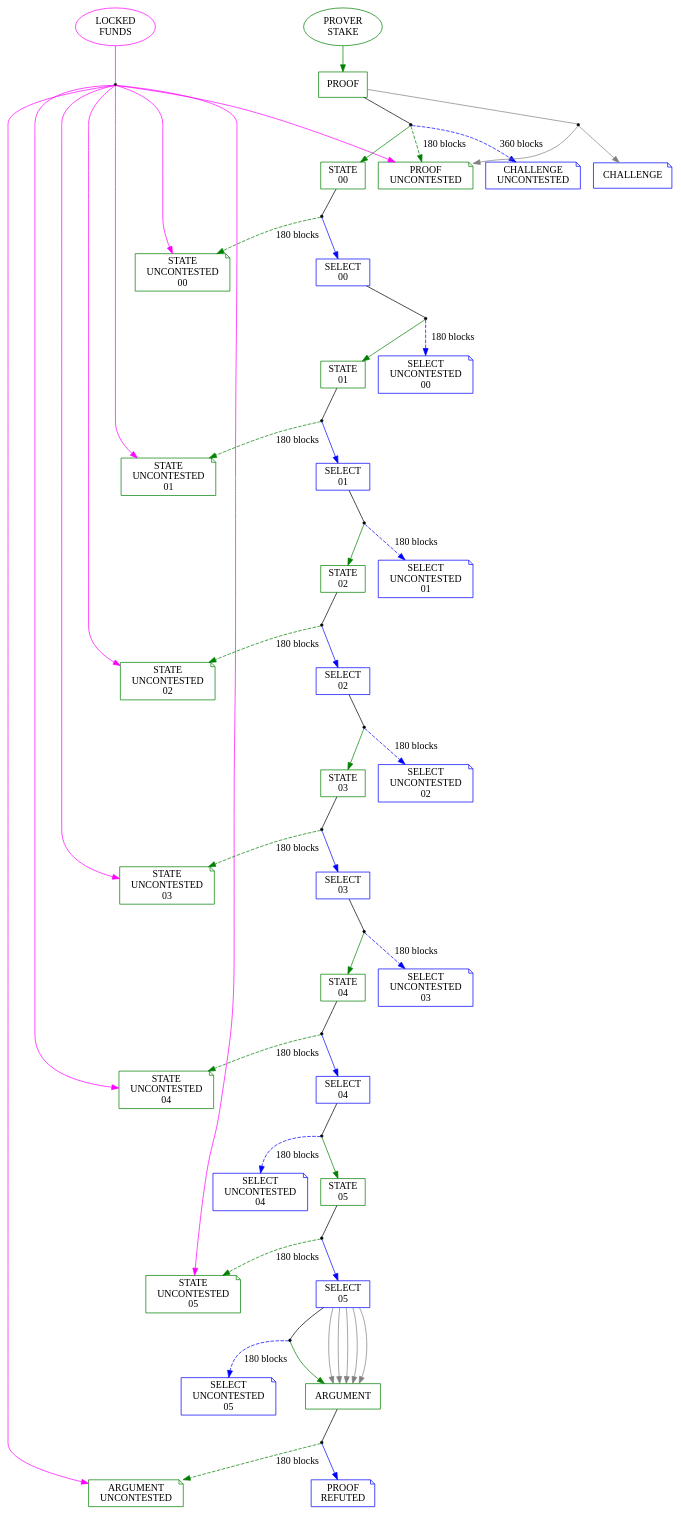
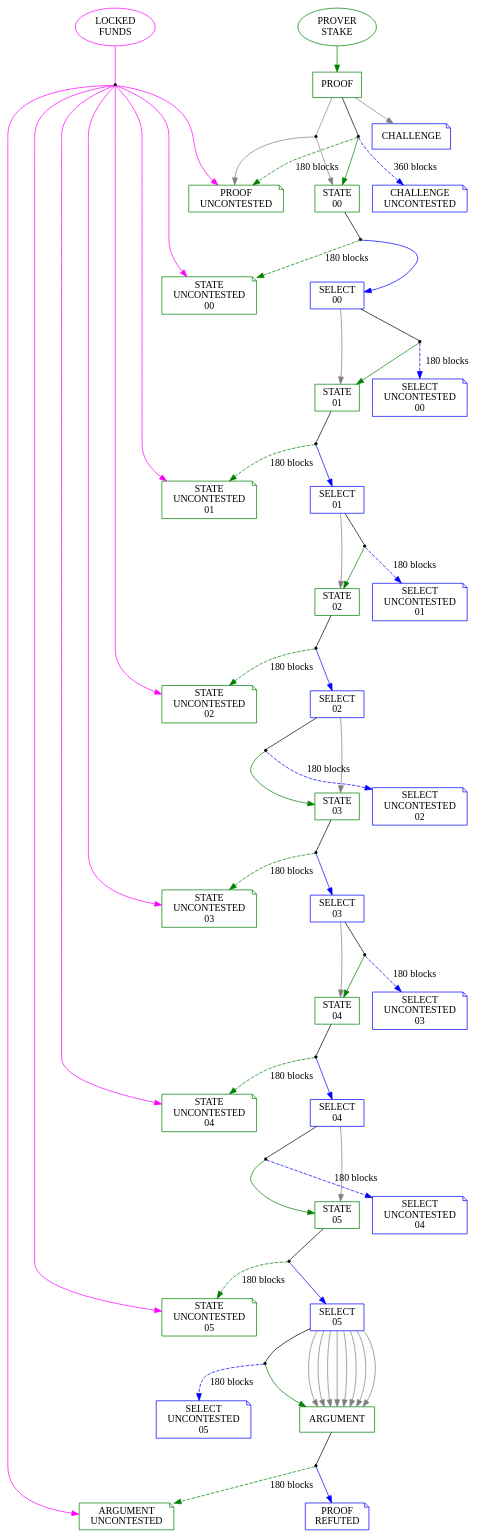
One commit to bitsnark/bitsnark-lib changed the diagram in specs/transactions.dot. Above: the diagram before and after it, drawn with Graphviz. The commit also changed 27 other files, not shown here.

```diff
--- a/specs/transactions.dot
+++ b/specs/transactions.dot
@@ -1,118 +1,127 @@
 digraph BitSnark {
 	LOCKED_FUNDS [shape=oval; color=magenta; label="LOCKED\nFUNDS"]
 	PROVER_STAKE [shape=oval; color=green; label="PROVER\nSTAKE"]
 	PROOF [shape=box; color=green; label="PROOF"]
 	CHALLENGE [shape=note; color=blue; label="CHALLENGE"]
 	PROOF_UNCONTESTED [shape=note; color=green; label="PROOF\nUNCONTESTED"]
 	CHALLENGE_UNCONTESTED [shape=note; color=blue; label="CHALLENGE\nUNCONTESTED"]
 	STATE_00 [shape=box; color=green; label="STATE\n00"]
 	STATE_UNCONTESTED_00 [shape=note; color=green; label="STATE\nUNCONTESTED\n00"]
 	SELECT_00 [shape=box; color=blue; label="SELECT\n00"]
 	SELECT_UNCONTESTED_00 [shape=note; color=blue; label="SELECT\nUNCONTESTED\n00"]
 	STATE_01 [shape=box; color=green; label="STATE\n01"]
 	STATE_UNCONTESTED_01 [shape=note; color=green; label="STATE\nUNCONTESTED\n01"]
 	SELECT_01 [shape=box; color=blue; label="SELECT\n01"]
 	SELECT_UNCONTESTED_01 [shape=note; color=blue; label="SELECT\nUNCONTESTED\n01"]
 	STATE_02 [shape=box; color=green; label="STATE\n02"]
 	STATE_UNCONTESTED_02 [shape=note; color=green; label="STATE\nUNCONTESTED\n02"]
 	SELECT_02 [shape=box; color=blue; label="SELECT\n02"]
 	SELECT_UNCONTESTED_02 [shape=note; color=blue; label="SELECT\nUNCONTESTED\n02"]
 	STATE_03 [shape=box; color=green; label="STATE\n03"]
 	STATE_UNCONTESTED_03 [shape=note; color=green; label="STATE\nUNCONTESTED\n03"]
 	SELECT_03 [shape=box; color=blue; label="SELECT\n03"]
 	SELECT_UNCONTESTED_03 [shape=note; color=blue; label="SELECT\nUNCONTESTED\n03"]
 	STATE_04 [shape=box; color=green; label="STATE\n04"]
 	STATE_UNCONTESTED_04 [shape=note; color=green; label="STATE\nUNCONTESTED\n04"]
 	SELECT_04 [shape=box; color=blue; label="SELECT\n04"]
 	SELECT_UNCONTESTED_04 [shape=note; color=blue; label="SELECT\nUNCONTESTED\n04"]
 	STATE_05 [shape=box; color=green; label="STATE\n05"]
 	STATE_UNCONTESTED_05 [shape=note; color=green; label="STATE\nUNCONTESTED\n05"]
 	SELECT_05 [shape=box; color=blue; label="SELECT\n05"]
 	SELECT_UNCONTESTED_05 [shape=note; color=blue; label="SELECT\nUNCONTESTED\n05"]
 	ARGUMENT [shape=box; color=green; label="ARGUMENT"]
 	PROOF_REFUTED [shape=note; color=blue; label="PROOF\nREFUTED"]
 	ARGUMENT_UNCONTESTED [shape=note; color=green; label="ARGUMENT\nUNCONTESTED"]
 	{rank=same; LOCKED_FUNDS; PROVER_STAKE}
 	{rank=same; }
 	PROOF -> STATE_00 -> SELECT_00 -> STATE_01 -> SELECT_01 -> STATE_02 -> SELECT_02 -> STATE_03 -> SELECT_03 -> STATE_04 -> SELECT_04 -> STATE_05 -> SELECT_05 -> ARGUMENT -> PROOF_REFUTED [style=invis; weight=30]
 	STATE_UNCONTESTED_00 -> STATE_UNCONTESTED_01 -> STATE_UNCONTESTED_02 -> STATE_UNCONTESTED_03 -> STATE_UNCONTESTED_04 -> STATE_UNCONTESTED_05 [style=invis; weight=1]
 	SELECT_UNCONTESTED_00 -> SELECT_UNCONTESTED_01 -> SELECT_UNCONTESTED_02 -> SELECT_UNCONTESTED_03 -> SELECT_UNCONTESTED_04 -> SELECT_UNCONTESTED_05 [style=invis; weight=0]
 	LOCKED_FUNDS_output_0 [shape=point]
 	LOCKED_FUNDS -> LOCKED_FUNDS_output_0 [color=magenta; arrowhead=none; weight=20]
 	LOCKED_FUNDS_output_0 -> PROOF_UNCONTESTED [color=magenta]
 	LOCKED_FUNDS_output_0 -> STATE_UNCONTESTED_00 [color=magenta]
 	LOCKED_FUNDS_output_0 -> STATE_UNCONTESTED_01 [color=magenta]
 	LOCKED_FUNDS_output_0 -> STATE_UNCONTESTED_02 [color=magenta]
 	LOCKED_FUNDS_output_0 -> STATE_UNCONTESTED_03 [color=magenta]
 	LOCKED_FUNDS_output_0 -> STATE_UNCONTESTED_04 [color=magenta]
 	LOCKED_FUNDS_output_0 -> STATE_UNCONTESTED_05 [color=magenta]
 	LOCKED_FUNDS_output_0 -> ARGUMENT_UNCONTESTED [color=magenta]
 	PROVER_STAKE -> PROOF [color=green]
 	PROOF_output_0 [shape=point]
 	PROOF -> PROOF_output_0 [arrowhead=none]
 	PROOF_output_0 -> PROOF_UNCONTESTED [color=green; style=dashed; label="180 blocks"]
 	PROOF_output_0 -> CHALLENGE_UNCONTESTED [color=blue; style=dashed; label="360 blocks"]
 	PROOF_output_0 -> STATE_00 [color=green]
 	PROOF_output_1 [shape=point]
 	PROOF -> PROOF_output_1 [color=gray; arrowhead=none]
-	PROOF_output_1 -> CHALLENGE [color=gray]
 	PROOF_output_1 -> PROOF_UNCONTESTED [color=gray]
+	PROOF_output_1 -> STATE_00 [color=gray]
+	PROOF -> CHALLENGE [color=gray]
 	STATE_00_output_0 [shape=point]
 	STATE_00 -> STATE_00_output_0 [arrowhead=none]
 	STATE_00_output_0 -> STATE_UNCONTESTED_00 [color=green; style=dashed; label="180 blocks"]
 	STATE_00_output_0 -> SELECT_00 [color=blue]
 	SELECT_00_output_0 [shape=point]
 	SELECT_00 -> SELECT_00_output_0 [arrowhead=none]
 	SELECT_00_output_0 -> SELECT_UNCONTESTED_00 [color=blue; weight=100; style=dashed; label="180 blocks"]
 	SELECT_00_output_0 -> STATE_01 [color=green]
+	SELECT_00 -> STATE_01 [color=gray]
 	STATE_01_output_0 [shape=point]
 	STATE_01 -> STATE_01_output_0 [arrowhead=none]
 	STATE_01_output_0 -> STATE_UNCONTESTED_01 [color=green; style=dashed; label="180 blocks"]
 	STATE_01_output_0 -> SELECT_01 [color=blue]
 	SELECT_01_output_0 [shape=point]
 	SELECT_01 -> SELECT_01_output_0 [arrowhead=none]
 	SELECT_01_output_0 -> SELECT_UNCONTESTED_01 [color=blue; style=dashed; label="180 blocks"]
 	SELECT_01_output_0 -> STATE_02 [color=green]
+	SELECT_01 -> STATE_02 [color=gray]
 	STATE_02_output_0 [shape=point]
 	STATE_02 -> STATE_02_output_0 [arrowhead=none]
 	STATE_02_output_0 -> STATE_UNCONTESTED_02 [color=green; style=dashed; label="180 blocks"]
 	STATE_02_output_0 -> SELECT_02 [color=blue]
 	SELECT_02_output_0 [shape=point]
 	SELECT_02 -> SELECT_02_output_0 [arrowhead=none]
 	SELECT_02_output_0 -> SELECT_UNCONTESTED_02 [color=blue; style=dashed; label="180 blocks"]
 	SELECT_02_output_0 -> STATE_03 [color=green]
+	SELECT_02 -> STATE_03 [color=gray]
 	STATE_03_output_0 [shape=point]
 	STATE_03 -> STATE_03_output_0 [arrowhead=none]
 	STATE_03_output_0 -> STATE_UNCONTESTED_03 [color=green; style=dashed; label="180 blocks"]
 	STATE_03_output_0 -> SELECT_03 [color=blue]
 	SELECT_03_output_0 [shape=point]
 	SELECT_03 -> SELECT_03_output_0 [arrowhead=none]
 	SELECT_03_output_0 -> SELECT_UNCONTESTED_03 [color=blue; style=dashed; label="180 blocks"]
 	SELECT_03_output_0 -> STATE_04 [color=green]
+	SELECT_03 -> STATE_04 [color=gray]
 	STATE_04_output_0 [shape=point]
 	STATE_04 -> STATE_04_output_0 [arrowhead=none]
 	STATE_04_output_0 -> STATE_UNCONTESTED_04 [color=green; style=dashed; label="180 blocks"]
 	STATE_04_output_0 -> SELECT_04 [color=blue]
 	SELECT_04_output_0 [shape=point]
 	SELECT_04 -> SELECT_04_output_0 [arrowhead=none]
 	SELECT_04_output_0 -> SELECT_UNCONTESTED_04 [color=blue; style=dashed; label="180 blocks"]
 	SELECT_04_output_0 -> STATE_05 [color=green]
+	SELECT_04 -> STATE_05 [color=gray]
 	STATE_05_output_0 [shape=point]
 	STATE_05 -> STATE_05_output_0 [arrowhead=none]
 	STATE_05_output_0 -> STATE_UNCONTESTED_05 [color=green; style=dashed; label="180 blocks"]
 	STATE_05_output_0 -> SELECT_05 [color=blue]
 	SELECT_05_output_0 [shape=point]
 	SELECT_05 -> SELECT_05_output_0 [arrowhead=none]
 	SELECT_05_output_0 -> SELECT_UNCONTESTED_05 [color=blue; style=dashed; label="180 blocks"]
 	SELECT_05_output_0 -> ARGUMENT [color=green]
 	SELECT_05 -> ARGUMENT [color=gray]
 	SELECT_05 -> ARGUMENT [color=gray]
 	SELECT_05 -> ARGUMENT [color=gray]
 	SELECT_05 -> ARGUMENT [color=gray]
 	SELECT_05 -> ARGUMENT [color=gray]
+	SELECT_05 -> ARGUMENT [color=gray]
+	SELECT_05 -> ARGUMENT [color=gray]
+	SELECT_05 -> ARGUMENT [color=gray]
 	ARGUMENT_output_0 [shape=point]
 	ARGUMENT -> ARGUMENT_output_0 [arrowhead=none]
 	ARGUMENT_output_0 -> PROOF_REFUTED [color=blue]
 	ARGUMENT_output_0 -> ARGUMENT_UNCONTESTED [color=green; style=dashed; label="180 blocks"]
 	LOCKED_FUNDS -> PROOF_UNCONTESTED [style=invis]
 }
```
